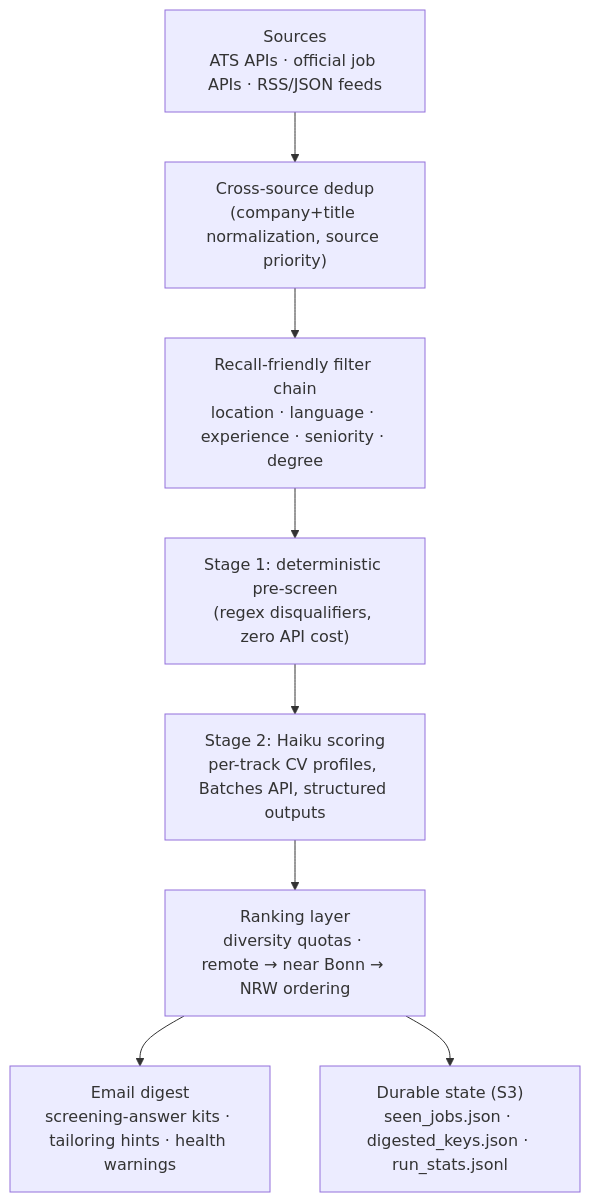
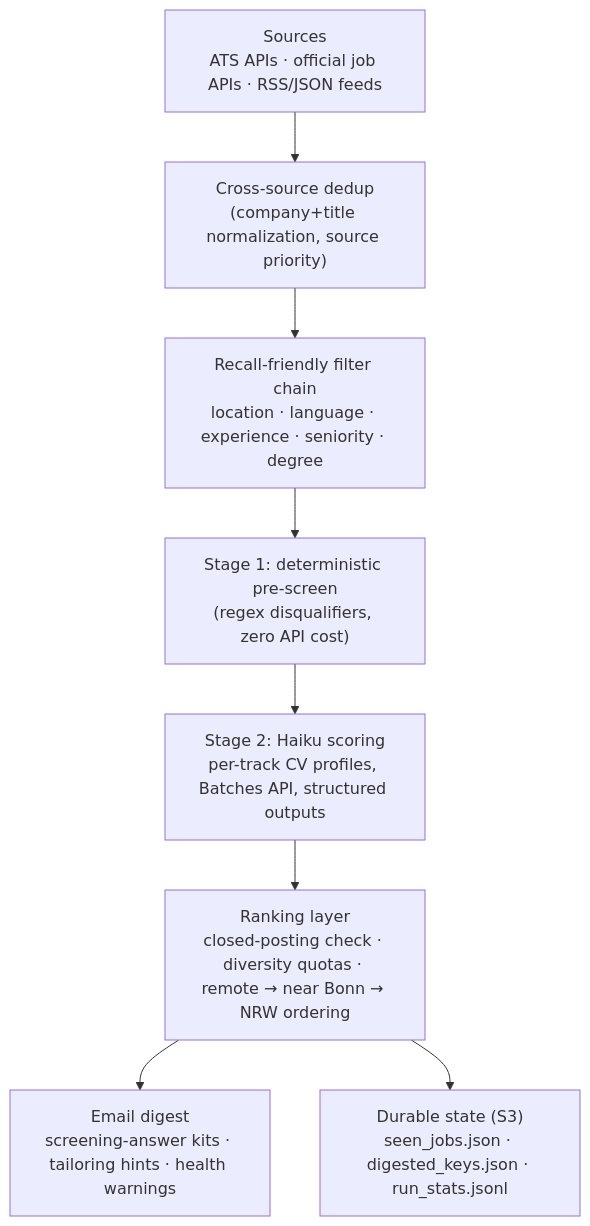
Before and after one commit to SherwanAli0/job-hunter: the diagram in README.md, drawn with Mermaid. The commit also changed other lines of this file and 2 other files, not shown here.

````diff
--- a/README.md
+++ b/README.md
@@ -25,10 +25,10 @@
 ```mermaid
 flowchart TD
     A["Sources<br/>ATS APIs · official job APIs · RSS/JSON feeds"] --> B["Cross-source dedup<br/>(company+title normalization, source priority)"]
     B --> C["Recall-friendly filter chain<br/>location · language · experience · seniority · degree"]
     C --> D["Stage 1: deterministic pre-screen<br/>(regex disqualifiers, zero API cost)"]
     D --> E["Stage 2: Haiku scoring<br/>per-track CV profiles, Batches API, structured outputs"]
-    E --> G["Ranking layer<br/>diversity quotas · remote → near Bonn → NRW ordering"]
+    E --> G["Ranking layer<br/>closed-posting check · diversity quotas · remote → near Bonn → NRW ordering"]
     G --> H["Email digest<br/>screening-answer kits · tailoring hints · health warnings"]
     G --> I["Durable state (S3)<br/>seen_jobs.json · digested_keys.json · run_stats.jsonl"]
 ```
````
